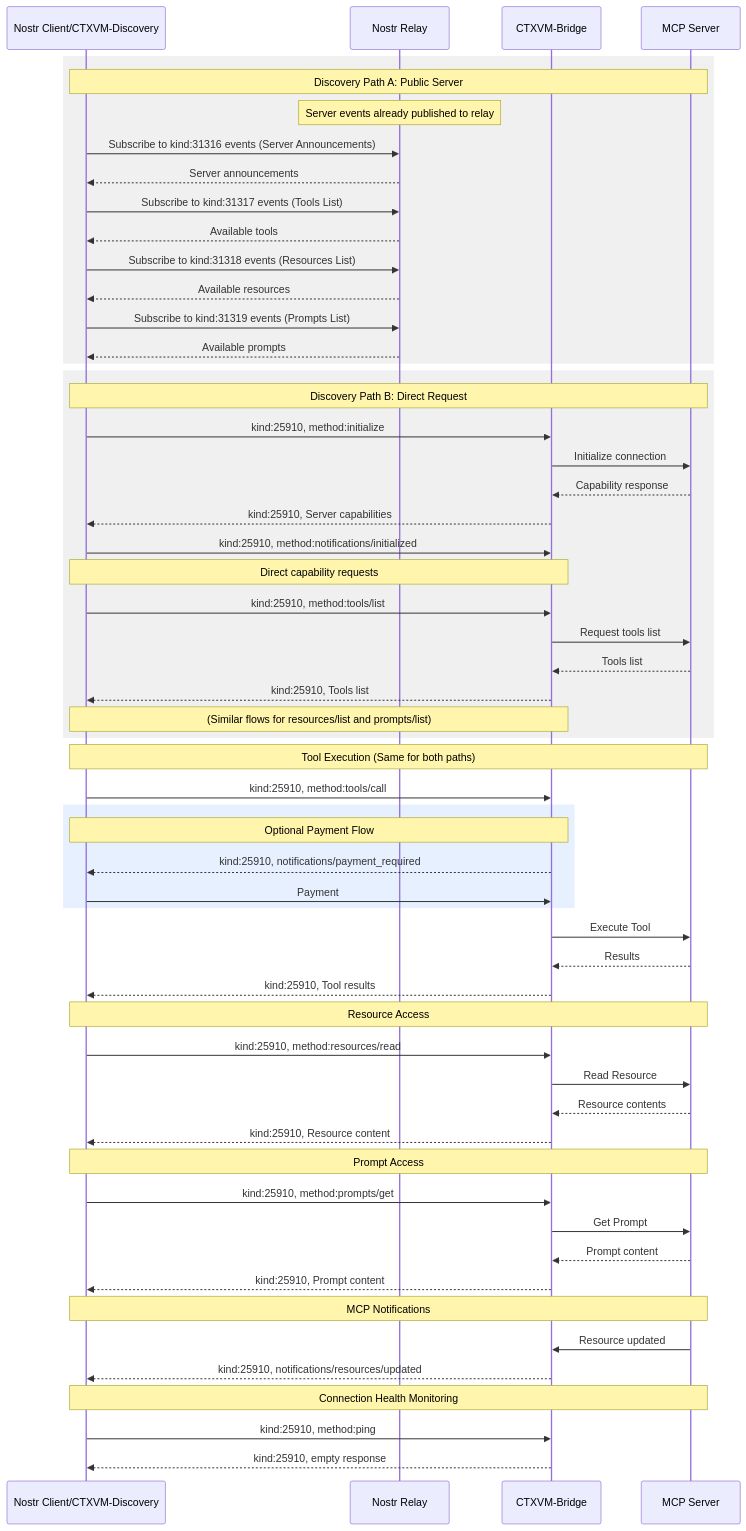
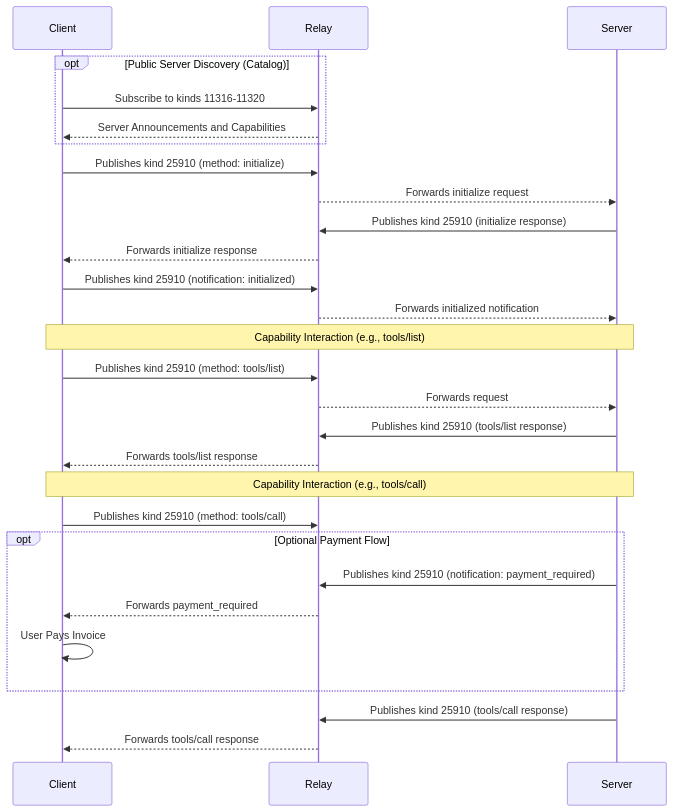
One commit to ContextVM/ts-sdk changed the diagram in docs/ctxvm-draft-spec.md. Above: the diagram before and after it, drawn with Mermaid. The commit also changed other lines of this file and 8 other files, not shown here.

Commit message:
feat: server announcement, remove server identifier tags and update event kinds to 11xxx range

````diff
--- a/docs/ctxvm-draft-spec.md
+++ b/docs/ctxvm-draft-spec.md
@@ -759,71 +618,40 @@
 ```mermaid
 sequenceDiagram
-    participant Client as Nostr Client/CTXVM-Discovery
-    participant Relay as Nostr Relay
-    participant CTXVM as CTXVM-Bridge
-    participant Server as MCP Server
+    participant Client
+    participant Relay
+    participant Server
 
-    rect rgb(240, 240, 240)
-        Note over Client,Server: Discovery Path A: Public Server
-        Note over Relay: Server events already published to relay
-
-        Client->>Relay: Subscribe to kind:31316 events (Server Announcements)
-        Relay-->>Client: Server announcements
-        Client->>Relay: Subscribe to kind:31317 events (Tools List)
-        Relay-->>Client: Available tools
-        Client->>Relay: Subscribe to kind:31318 events (Resources List)
-        Relay-->>Client: Available resources
-        Client->>Relay: Subscribe to kind:31319 events (Prompts List)
-        Relay-->>Client: Available prompts
+    opt Public Server Discovery (Catalog)
+        Client->>Relay: Subscribe to kinds 11316-11320
+        Relay-->>Client: Server Announcements and Capabilities
     end
 
-    rect rgb(240, 240, 240)
-        Note over Client,Server: Discovery Path B: Direct Request
-        Client->>CTXVM: kind:25910, method:initialize
-        CTXVM->>Server: Initialize connection
-        Server-->>CTXVM: Capability response
-        CTXVM-->>Client: kind:25910, Server capabilities
-        Client->>CTXVM: kind:25910, method:notifications/initialized
+    Client->>Relay: Publishes kind 25910 (method: initialize)
+    Relay-->>Server: Forwards initialize request
 
-        Note over Client,CTXVM: Direct capability requests
-        Client->>CTXVM: kind:25910, method:tools/list
-        CTXVM->>Server: Request tools list
-        Server-->>CTXVM: Tools list
-        CTXVM-->>Client: kind:25910, Tools list
+    Server->>Relay: Publishes kind 25910 (initialize response)
+    Relay-->>Client: Forwards initialize response
 
-        Note over Client,CTXVM: (Similar flows for resources/list and prompts/list)
+    Client->>Relay: Publishes kind 25910 (notification: initialized)
+    Relay-->>Server: Forwards initialized notification
+
+    Note over Client,Server: Capability Interaction (e.g., tools/list)
+
+    Client->>Relay: Publishes kind 25910 (method: tools/list)
+    Relay-->>Server: Forwards request
+    Server->>Relay: Publishes kind 25910 (tools/list response)
+    Relay-->>Client: Forwards tools/list response
+
+    Note over Client,Server: Capability Interaction (e.g., tools/call)
+
+    Client->>Relay: Publishes kind 25910 (method: tools/call)
+
+    opt Optional Payment Flow
+      Server->>Relay: Publishes kind 25910 (notification: payment_required)
+      Relay-->>Client: Forwards payment_required
+      Client->>Client: User Pays Invoice
     end
 
-    Note over Client,Server: Tool Execution (Same for both paths)
-    Client->>CTXVM: kind:25910, method:tools/call
-
-    rect rgb(230, 240, 255)
-        Note over Client,CTXVM: Optional Payment Flow
-        CTXVM-->>Client: kind:25910, notifications/payment_required
-        Client->>CTXVM: Payment
-    end
-
-    CTXVM->>Server: Execute Tool
-    Server-->>CTXVM: Results
-    CTXVM-->>Client: kind:25910, Tool results
-
-    Note over Client,Server: Resource Access
-    Client->>CTXVM: kind:25910, method:resources/read
-    CTXVM->>Server: Read Resource
-    Server-->>CTXVM: Resource contents
-    CTXVM-->>Client: kind:25910, Resource content
-
-    Note over Client,Server: Prompt Access
-    Client->>CTXVM: kind:25910, method:prompts/get
-    CTXVM->>Server: Get Prompt
-    Server-->>CTXVM: Prompt content
-    CTXVM-->>Client: kind:25910, Prompt content
-
-    Note over Client,Server: MCP Notifications
-    Server->>CTXVM: Resource updated
-    CTXVM-->>Client: kind:25910, notifications/resources/updated
-
-    Note over Client,Server: Connection Health Monitoring
-    Client->>CTXVM: kind:25910, method:ping
-    CTXVM-->>Client: kind:25910, empty response
+    Server->>Relay: Publishes kind 25910 (tools/call response)
+    Relay-->>Client: Forwards tools/call response
 ```
````
